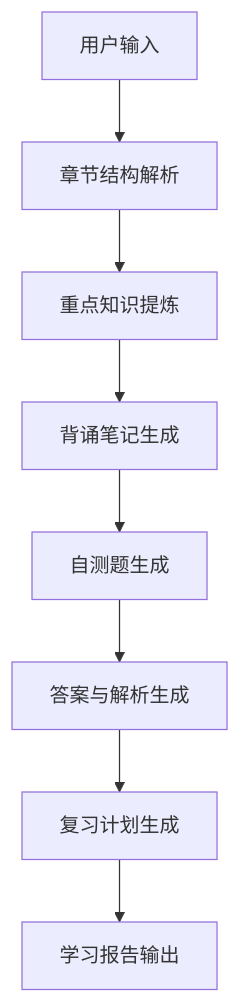
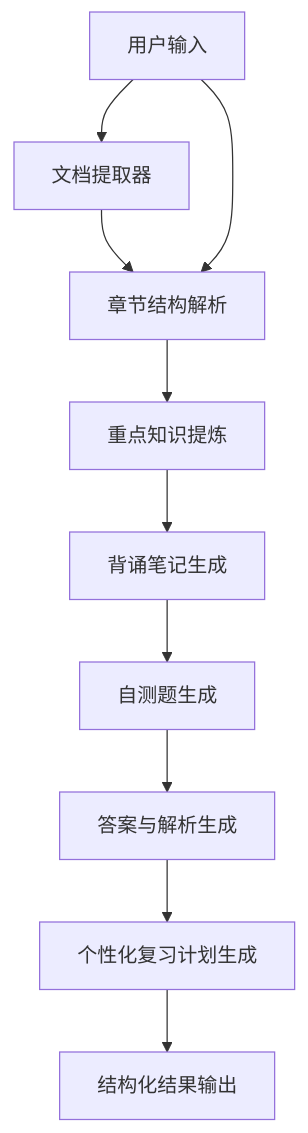
The diagram in README.md (aurelialabs/studyagent-dify), drawn with Mermaid before and after one commit. The commit also changed other lines of this file and 28 other files, not shown here.

````diff
--- a/README.md
+++ b/README.md
@@ -26,10 +91,12 @@
 ```mermaid
 flowchart TD
-    A["用户输入"] --> B["章节结构解析"]
-    B --> C["重点知识提炼"]
-    C --> D["背诵笔记生成"]
-    D --> E["自测题生成"]
-    E --> F["答案与解析生成"]
-    F --> G["复习计划生成"]
-    G --> H["学习报告输出"]
+    A["用户输入"] --> B["文档提取器"]
+    B --> C["章节结构解析"]
+    A --> C
+    C --> D["重点知识提炼"]
+    D --> E["背诵笔记生成"]
+    E --> F["自测题生成"]
+    F --> G["答案与解析生成"]
+    G --> H["个性化复习计划生成"]
+    H --> I["结构化结果输出"]
 ```
````
